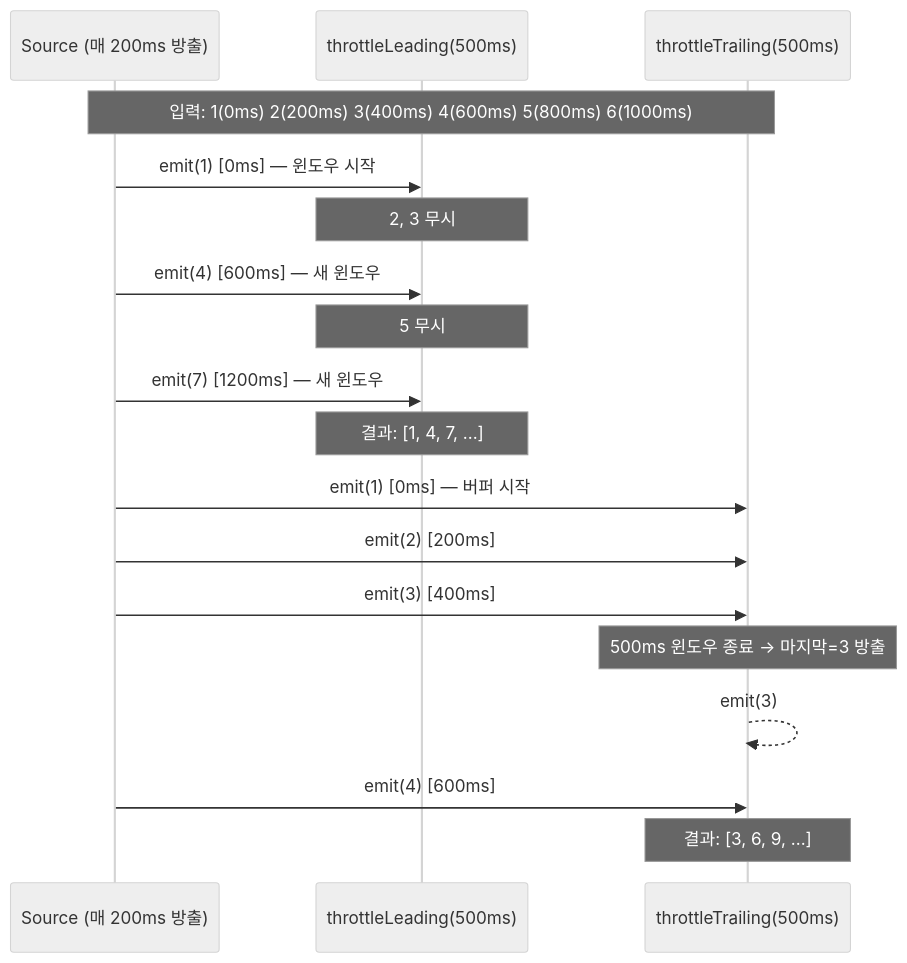
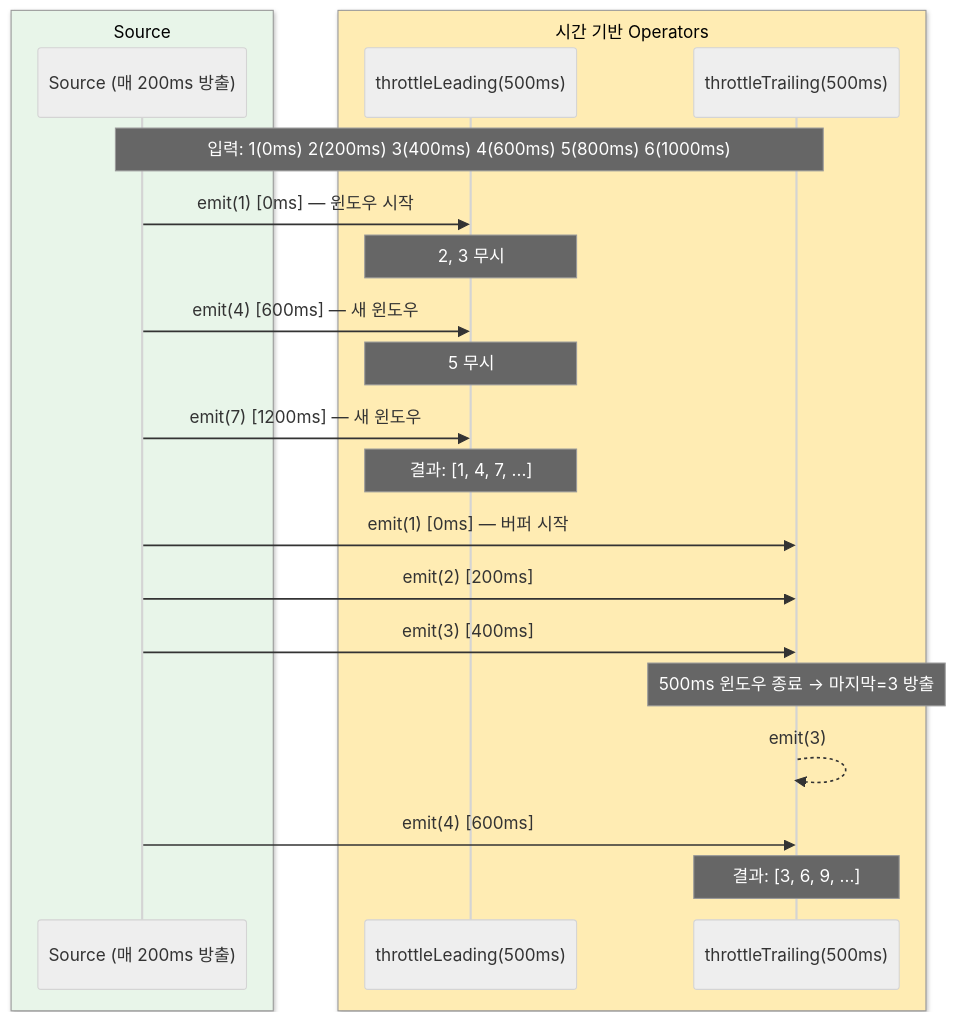
One commit to bluetape4k/bluetape4k-projects changed diagram 11 of 16 in bluetape4k/coroutines/README.ko.md. Above: the diagram before and after it, drawn with Mermaid (neutral theme). The commit also changed other lines of this file and 221 other files, not shown here.

First line of the commit message:
docs: 전체 모듈 README UML 다이어그램 보강 및 색상 업그레이드

````diff
--- a/bluetape4k/coroutines/README.ko.md
+++ b/bluetape4k/coroutines/README.ko.md
@@ -485,20 +566,24 @@
 ```mermaid
 sequenceDiagram
-    participant S as Source (매 200ms 방출)
-    participant TL as throttleLeading(500ms)
-    participant TT as throttleTrailing(500ms)
+    box rgb(232, 245, 233) Source
+        participant S as Source (매 200ms 방출)
+    end
+    box rgb(255, 236, 179) 시간 기반 Operators
+        participant TL as throttleLeading(500ms)
+        participant TT as throttleTrailing(500ms)
+    end
     Note over S, TT: 입력: 1(0ms) 2(200ms) 3(400ms) 4(600ms) 5(800ms) 6(1000ms)
     S ->> TL: emit(1) [0ms] — 윈도우 시작
     Note over TL: 2, 3 무시
     S ->> TL: emit(4) [600ms] — 새 윈도우
     Note over TL: 5 무시
     S ->> TL: emit(7) [1200ms] — 새 윈도우
     Note over TL: 결과: [1, 4, 7, ...]
     S ->> TT: emit(1) [0ms] — 버퍼 시작
     S ->> TT: emit(2) [200ms]
     S ->> TT: emit(3) [400ms]
     Note over TT: 500ms 윈도우 종료 → 마지막=3 방출
     TT -->> TT: emit(3)
     S ->> TT: emit(4) [600ms]
     Note over TT: 결과: [3, 6, 9, ...]
 ```
````
